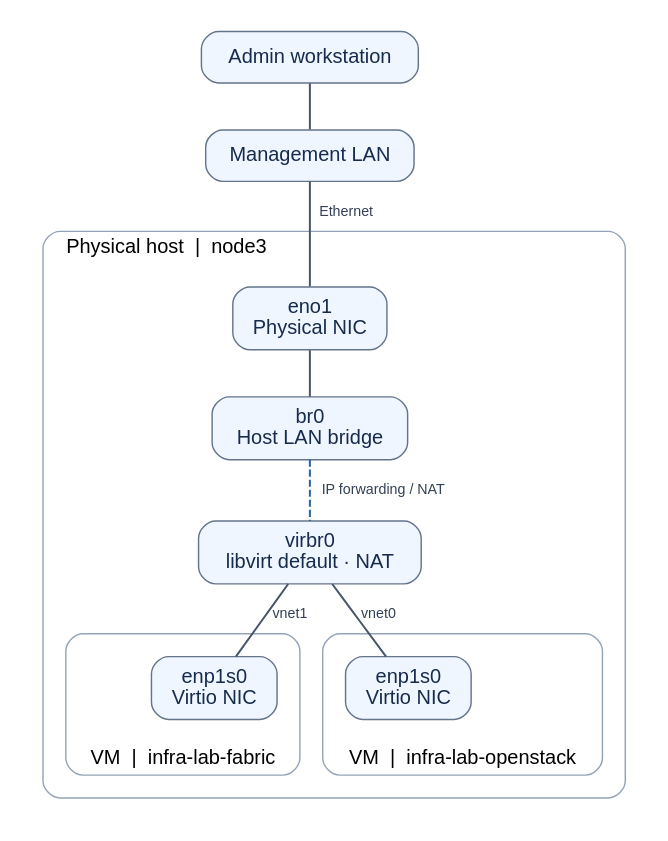
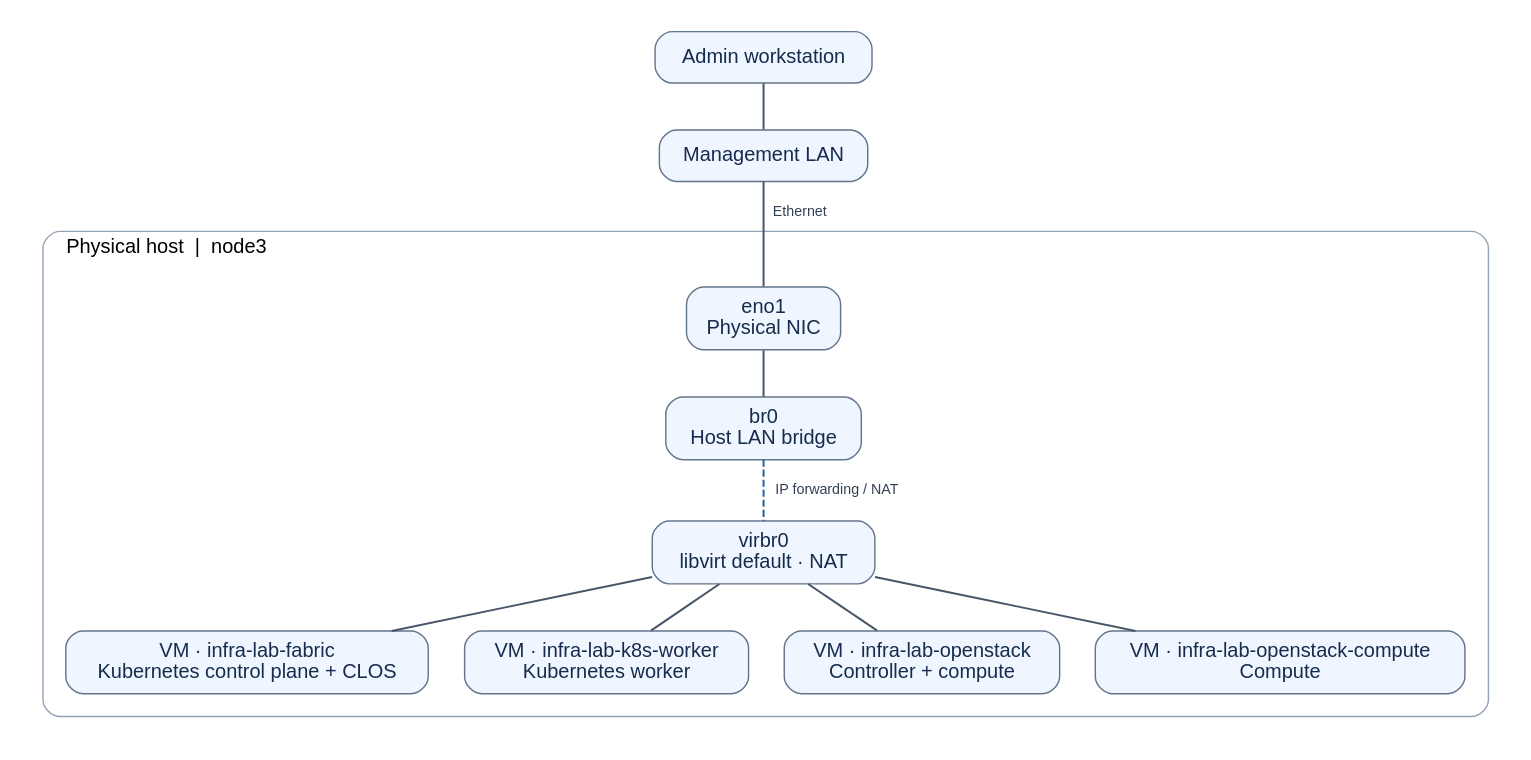
One commit to sugaf1204/infra-lab changed the diagram in common/network.dot. Above: the diagram before and after it, drawn with Graphviz. The commit also changed 39 other files, not shown here.

```diff
--- a/common/network.dot
+++ b/common/network.dot
@@ -1,36 +1,31 @@
 graph management {
-  graph [rankdir=TB, newrank=true, bgcolor="#ffffff", pad=0.2, nodesep=0.35, ranksep=0.45,
-         fontname="Helvetica"];
+  graph [rankdir=TB, newrank=true, bgcolor="#ffffff", pad=0.2, nodesep=0.35,
+         ranksep=0.45, fontname="Helvetica"];
   node [shape=box, style="rounded,filled", fillcolor="#eff6ff", color="#64748b",
         fontname="Helvetica", fontcolor="#172b4d", margin="0.15,0.1"];
   edge [color="#475569", penwidth=1.4, fontname="Helvetica",
         fontcolor="#334155", fontsize=10];
 
   admin [label="Admin workstation"];
   lan [label="Management LAN"];
   subgraph cluster_physical {
     label="Physical host  |  node3"; labeljust=l;
     color="#94a3b8"; style=rounded; margin=16;
     nic [label="eno1\nPhysical NIC"];
     bridge [label="br0\nHost LAN bridge"];
     nat [label="virbr0\nlibvirt default · NAT"];
-    subgraph cluster_fabric {
-      label="VM  |  infra-lab-fabric"; labelloc=b;
-      color="#94a3b8"; style=rounded;
-      fabric [label="enp1s0\nVirtio NIC"];
-    }
-    subgraph cluster_openstack {
-      label="VM  |  infra-lab-openstack"; labelloc=b;
-      color="#94a3b8"; style=rounded;
-      openstack [label="enp1s0\nVirtio NIC"];
-    }
-
+    fabric [label="VM · infra-lab-fabric\nKubernetes control plane + CLOS"];
+    worker [label="VM · infra-lab-k8s-worker\nKubernetes worker"];
+    openstack [label="VM · infra-lab-openstack\nController + compute"];
+    compute [label="VM · infra-lab-openstack-compute\nCompute"];
     nic -- bridge;
     bridge -- nat [label="  IP forwarding / NAT", style=dashed, color="#2563a5"];
-    nat -- fabric [label="vnet1"];
-    nat -- openstack [label="vnet0"];
-    {rank=same; fabric; openstack}
+    nat -- fabric;
+    nat -- worker;
+    nat -- openstack;
+    nat -- compute;
+    {rank=same; fabric; worker; openstack; compute}
   }
   admin -- lan;
   lan -- nic [label="  Ethernet"];
 }
```
